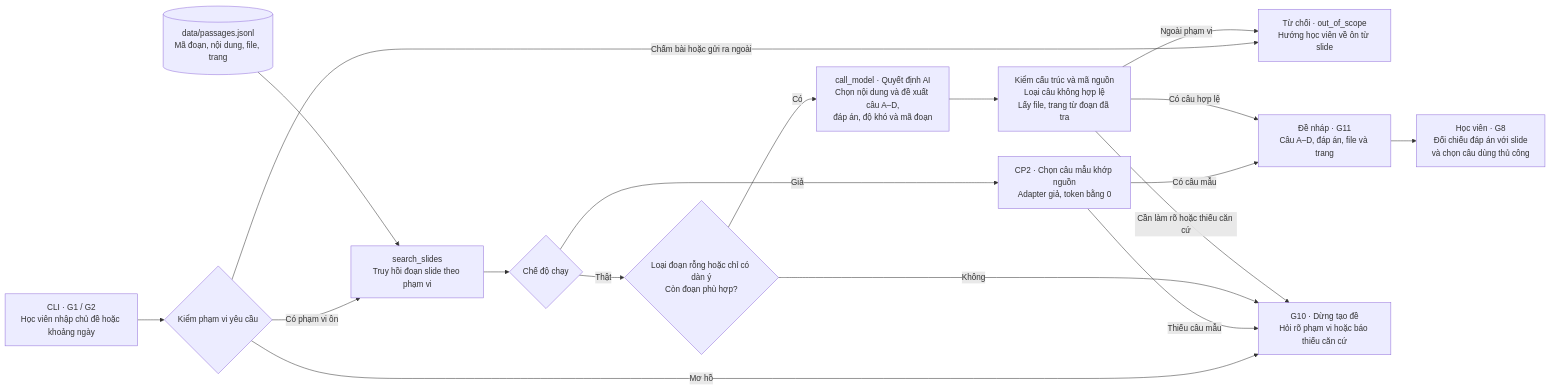
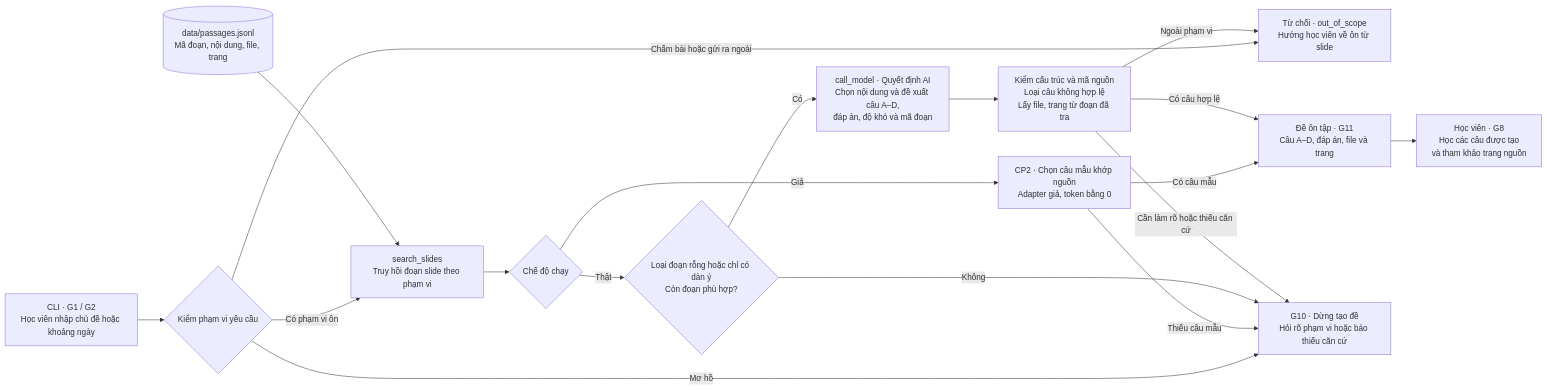
One commit to lam2121/K5-Day15-L3B-NhomBaKhi changed the diagram in spec.md. Above: the diagram before and after it, drawn with Mermaid. The commit also changed other lines of this file and 13 other files, not shown here.

Commit message:
[T028] Remove question approval flow from CLI

````diff
--- a/spec.md
+++ b/spec.md
@@ -44,32 +46,32 @@
 ```mermaid
 flowchart LR
     input["CLI · G1 / G2<br/>Học viên nhập chủ đề hoặc khoảng ngày"]
     scope{"Kiểm phạm vi yêu cầu"}
     refusal["Từ chối · out_of_scope<br/>Hướng học viên về ôn từ slide"]
     corpus[("data/passages.jsonl<br/>Mã đoạn, nội dung, file, trang")]
     retrieve["search_slides<br/>Truy hồi đoạn slide theo phạm vi"]
     mode{"Chế độ chạy"}
     demo["CP2 · Chọn câu mẫu khớp nguồn<br/>Adapter giả, token bằng 0"]
     filter{"Loại đoạn rỗng hoặc chỉ có dàn ý<br/>Còn đoạn phù hợp?"}
     core["call_model · Quyết định AI<br/>Chọn nội dung và đề xuất câu A–D,<br/>đáp án, độ khó và mã đoạn"]
     guard["Kiểm cấu trúc và mã nguồn<br/>Loại câu không hợp lệ<br/>Lấy file, trang từ đoạn đã tra"]
-    output["Đề nháp · G11<br/>Câu A–D, đáp án, file và trang"]
-    review["Học viên · G8<br/>Đối chiếu đáp án với slide<br/>và chọn câu dùng thủ công"]
+    output["Đề ôn tập · G11<br/>Câu A–D, đáp án, file và trang"]
+    study["Học viên · G8<br/>Học các câu được tạo<br/>và tham khảo trang nguồn"]
     fallback["G10 · Dừng tạo đề<br/>Hỏi rõ phạm vi hoặc báo thiếu căn cứ"]
 
     input --> scope
     scope -->|Chấm bài hoặc gửi ra ngoài| refusal
     scope -->|Mơ hồ| fallback
     scope -->|Có phạm vi ôn| retrieve
     corpus --> retrieve
     retrieve --> mode
     mode -->|Giả| demo
     demo -->|Có câu mẫu| output
     demo -->|Thiếu câu mẫu| fallback
     mode -->|Thật| filter
     filter -->|Có| core --> guard
     filter -->|Không| fallback
-    guard -->|Có câu hợp lệ| output --> review
+    guard -->|Có câu hợp lệ| output --> study
     guard -->|Cần làm rõ hoặc thiếu căn cứ| fallback
     guard -->|Ngoài phạm vi| refusal
 ```
````
